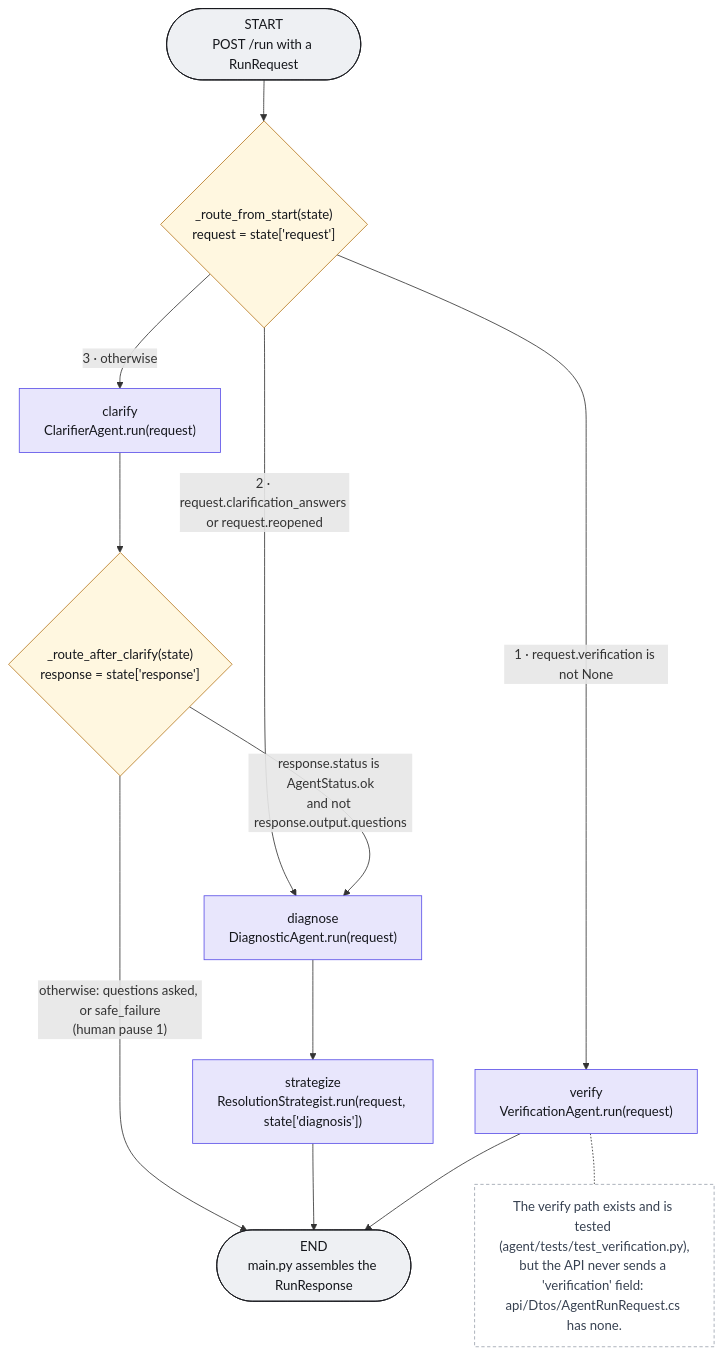
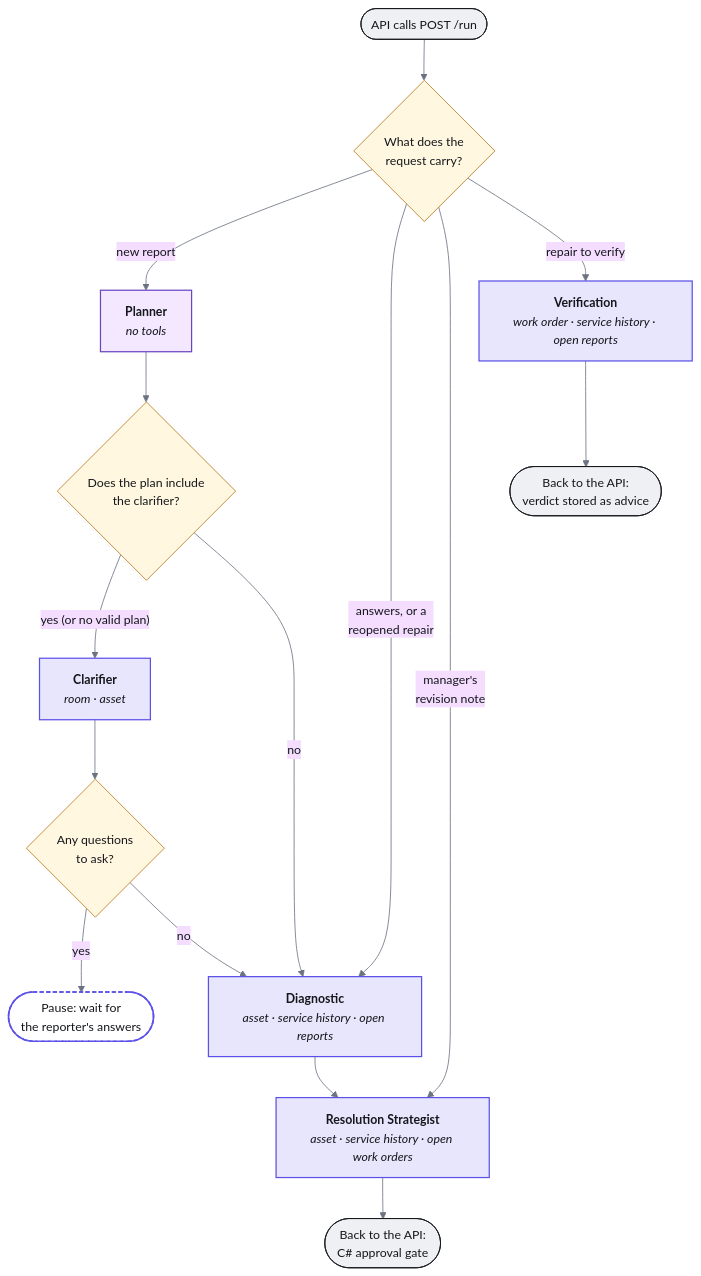
The diagram in docs/report/diagrams/agent-graph.mmd (Hiruna01/MaintenX), drawn with Mermaid before and after one commit. The commit also changed 141 other files, not shown here.

```diff
--- a/docs/report/diagrams/agent-graph.mmd
+++ b/docs/report/diagrams/agent-graph.mmd
@@ -1,40 +1,48 @@
-%% The LangGraph compiled by build_graph() in agent/graph.py. Condition labels are the
-%% exact Python expressions in _route_from_start and _route_after_clarify, evaluated top
-%% to bottom (the first true branch wins). Compiled without a checkpointer: no state
-%% survives between /run calls.
-%% Export: npx @mermaid-js/mermaid-cli -i agent-graph.mmd -o agent-graph.png -s 3 -b white
+%%{init: {'theme': 'base', 'themeVariables': {'fontFamily': 'Arial, Helvetica, sans-serif', 'fontSize': '15px', 'lineColor': '#6B7280', 'primaryTextColor': '#15171C'}}}%%
+%% The agent graph (agent/graph.py), SIMPLIFIED for the report (Figure 3.2): five agents, the
+%% routing decisions in plain words, and where each run hands back to the API. The version with
+%% the exact Python routing conditions is agent-graph-full.mmd.
 
 flowchart TD
-    START(["START<br/>POST /run with a RunRequest"])
-    R1{"_route_from_start(state)<br/>request = state['request']"}
-    CL["clarify<br/>ClarifierAgent.run(request)"]
-    R2{"_route_after_clarify(state)<br/>response = state['response']"}
-    DI["diagnose<br/>DiagnosticAgent.run(request)"]
-    ST["strategize<br/>ResolutionStrategist.run(request, state['diagnosis'])"]
-    VE["verify<br/>VerificationAgent.run(request)"]
-    END_(["END<br/>main.py assembles the RunResponse"])
+    START(["API calls POST /run"])
+    ROUTE{"What does the<br/>request carry?"}
 
-    START --> R1
-    R1 -- "1 · request.verification is not None" --> VE
-    R1 -- "2 · request.clarification_answers or request.reopened" --> DI
-    R1 -- "3 · otherwise" --> CL
+    PLAN["<b>Planner</b><br/><i>no tools</i>"]
+    NEED{"Does the plan include<br/>the clarifier?"}
+    CLAR["<b>Clarifier</b><br/><i>room · asset</i>"]
+    ASKED{"Any questions<br/>to ask?"}
+    DIAG["<b>Diagnostic</b><br/><i>asset · service history · open reports</i>"]
+    STRAT["<b>Resolution Strategist</b><br/><i>asset · service history · open work orders</i>"]
+    VERIFY["<b>Verification</b><br/><i>work order · service history · open reports</i>"]
 
-    CL --> R2
-    R2 -- "response.status is AgentStatus.ok<br/>and not response.output.questions" --> DI
-    R2 -- "otherwise: questions asked, or safe_failure<br/>(human pause 1)" --> END_
+    PAUSE(["Pause: wait for<br/>the reporter's answers"])
+    GATE(["Back to the API:<br/>C# approval gate"])
+    VERDICT(["Back to the API:<br/>verdict stored as advice"])
 
-    DI --> ST
-    ST --> END_
-    VE --> END_
+    START --> ROUTE
+    ROUTE -- "new report" --> PLAN
+    ROUTE -- "answers, or a<br/>reopened repair" --> DIAG
+    ROUTE -- "manager's<br/>revision note" --> STRAT
+    ROUTE -- "repair to verify" --> VERIFY
 
-    NOTE["The verify path exists and is tested (agent/tests/test_verification.py),<br/>but the API never sends a 'verification' field: api/Dtos/AgentRunRequest.cs has none."]
-    VE -.- NOTE
+    PLAN --> NEED
+    NEED -- "yes (or no valid plan)" --> CLAR
+    NEED -- "no" --> DIAG
+    CLAR --> ASKED
+    ASKED -- "yes" --> PAUSE
+    ASKED -- "no" --> DIAG
 
-    classDef router fill:#FFF7E0,stroke:#B7791F,color:#15171C
-    classDef agent fill:#E8E6FC,stroke:#5B50E8,color:#15171C
+    DIAG --> STRAT
+    STRAT --> GATE
+    VERIFY --> VERDICT
+
+    classDef agent fill:#E8E6FC,stroke:#5B50E8,stroke-width:1.5px,color:#15171C
+    classDef planner fill:#F3E8FF,stroke:#6B46C1,stroke-width:1.5px,color:#15171C
+    classDef decision fill:#FFF7E0,stroke:#B7791F,color:#15171C
     classDef terminal fill:#EEF0F3,stroke:#15171C,color:#15171C
-    classDef note fill:#FFFFFF,stroke:#9CA3AF,color:#374151,stroke-dasharray: 4 3
-    class R1,R2 router
-    class CL,DI,ST,VE agent
-    class START,END_ terminal
-    class NOTE note
+    classDef pause fill:#FFFFFF,stroke:#5B50E8,stroke-width:2px,stroke-dasharray: 5 3,color:#15171C
+    class CLAR,DIAG,STRAT,VERIFY agent
+    class PLAN planner
+    class ROUTE,NEED,ASKED decision
+    class START,GATE,VERDICT terminal
+    class PAUSE pause
```
